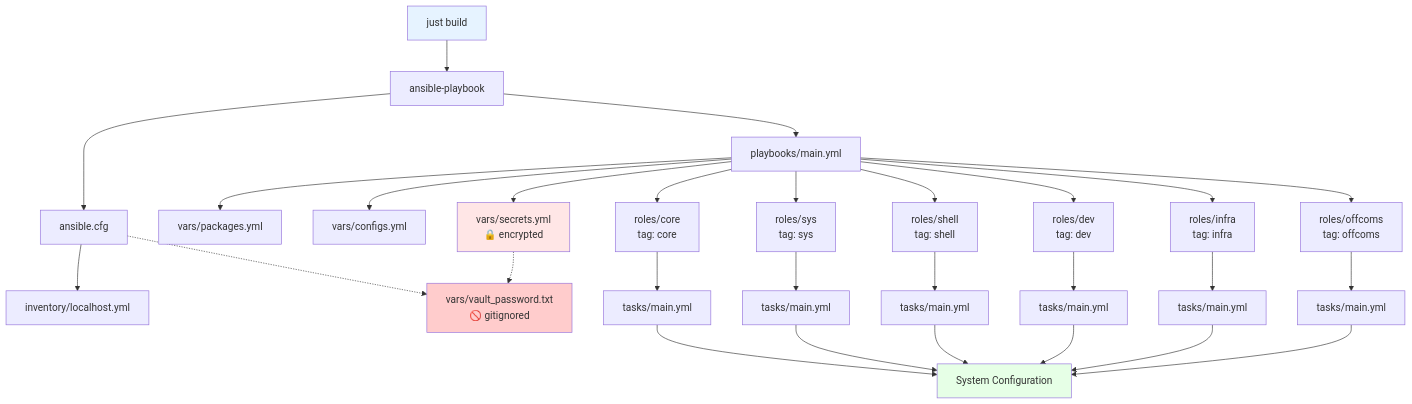
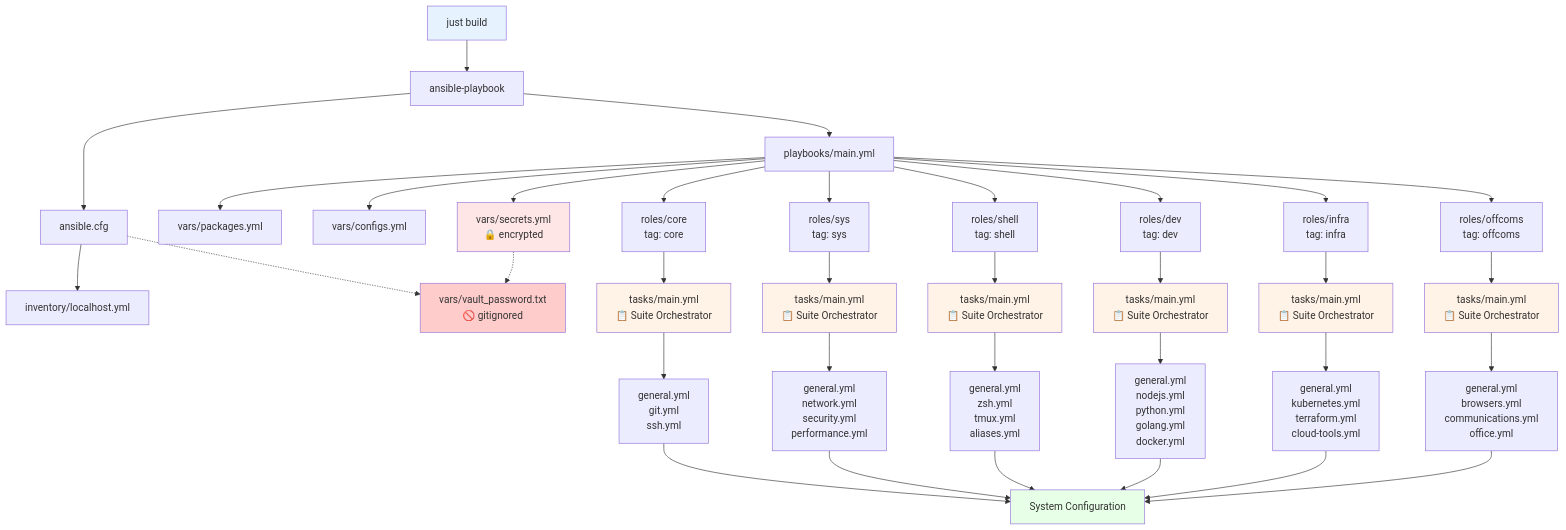
Before and after one commit to bashfulrobot/donkey-kong: the diagram in README.md, drawn with Mermaid. The commit also changed other lines of this file and 21 other files, not shown here.

First line of the commit message:
♻️ refactor: restructure roles into modular suite architecture

````diff
--- a/README.md
+++ b/README.md
@@ -86,40 +86,53 @@
 ```mermaid
 flowchart TD
     A[just build] --> B[ansible-playbook]
     B --> C[ansible.cfg]
     C --> D[inventory/localhost.yml]
     B --> E[playbooks/main.yml]
     
     E --> F[vars/packages.yml]
     E --> G[vars/configs.yml] 
     E --> H[vars/secrets.yml<br/>🔒 encrypted]
     
     E --> I[roles/core<br/>tag: core]
     E --> J[roles/sys<br/>tag: sys]
     E --> K[roles/shell<br/>tag: shell]
     E --> L[roles/dev<br/>tag: dev]
     E --> M[roles/infra<br/>tag: infra]
     E --> N[roles/offcoms<br/>tag: offcoms]
     
-    I --> I1[tasks/main.yml]
-    J --> J1[tasks/main.yml]
-    K --> K1[tasks/main.yml]
-    L --> L1[tasks/main.yml]
-    M --> M1[tasks/main.yml]
-    N --> N1[tasks/main.yml]
+    I --> I1[tasks/main.yml<br/>📋 Suite Orchestrator]
+    J --> J1[tasks/main.yml<br/>📋 Suite Orchestrator]
+    K --> K1[tasks/main.yml<br/>📋 Suite Orchestrator]
+    L --> L1[tasks/main.yml<br/>📋 Suite Orchestrator]
+    M --> M1[tasks/main.yml<br/>📋 Suite Orchestrator]
+    N --> N1[tasks/main.yml<br/>📋 Suite Orchestrator]
     
-    I1 --> O[System Configuration]
-    J1 --> O
-    K1 --> O
-    L1 --> O
-    M1 --> O
-    N1 --> O
+    I1 --> I2[general.yml<br/>git.yml<br/>ssh.yml]
+    J1 --> J2[general.yml<br/>network.yml<br/>security.yml<br/>performance.yml]
+    K1 --> K2[general.yml<br/>zsh.yml<br/>tmux.yml<br/>aliases.yml]
+    L1 --> L2[general.yml<br/>nodejs.yml<br/>python.yml<br/>golang.yml<br/>docker.yml]
+    M1 --> M2[general.yml<br/>kubernetes.yml<br/>terraform.yml<br/>cloud-tools.yml]
+    N1 --> N2[general.yml<br/>browsers.yml<br/>communications.yml<br/>office.yml]
+    
+    I2 --> O[System Configuration]
+    J2 --> O
+    K2 --> O
+    L2 --> O
+    M2 --> O
+    N2 --> O
     
     C -.-> P[vars/vault_password.txt<br/>🚫 gitignored]
     H -.-> P
     
     style H fill:#ffe6e6
     style P fill:#ffcccc
     style A fill:#e6f3ff
     style O fill:#e6ffe6
+    style I1 fill:#fff2e6
+    style J1 fill:#fff2e6
+    style K1 fill:#fff2e6
+    style L1 fill:#fff2e6
+    style M1 fill:#fff2e6
+    style N1 fill:#fff2e6
 ```
````
